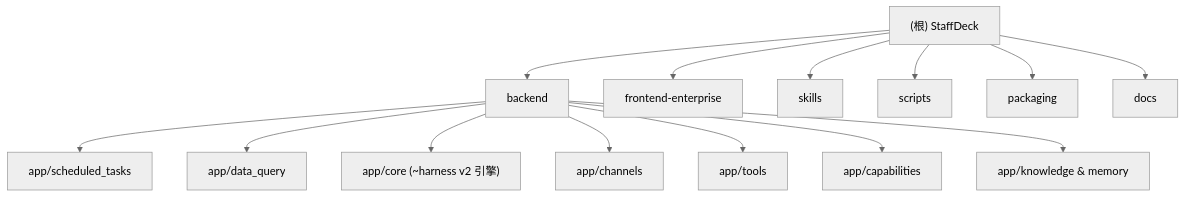
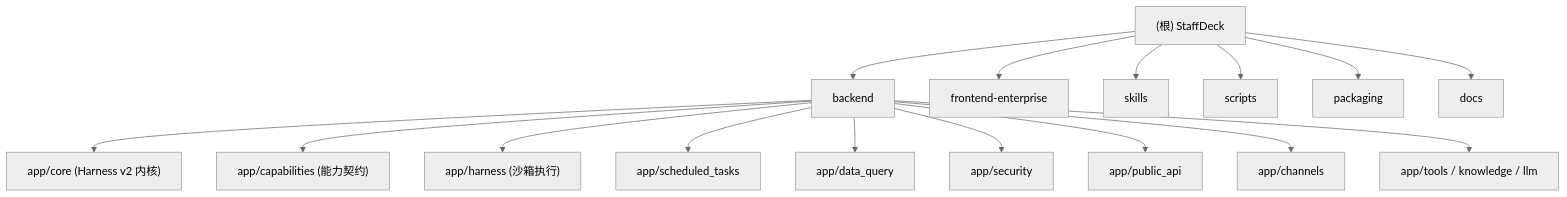
Before and after one commit to jack571754/StaffDeck: the diagram in CLAUDE.md, drawn with Mermaid (neutral theme). The commit also changed other lines of this file and 6 other files, not shown here.

First line of the commit message:
docs: refresh AI context docs for core and capabilities

````diff
--- a/CLAUDE.md
+++ b/CLAUDE.md
@@ -18,26 +19,30 @@
 ```mermaid
 graph TD
     A["(根) StaffDeck"] --> B["backend"];
     A --> C["frontend-enterprise"];
     A --> D["skills"];
     A --> E["scripts"];
     A --> F["packaging"];
     A --> G["docs"];
 
-    B --> B1["app/scheduled_tasks"];
-    B --> B2["app/data_query"];
-    B --> B3["app/core (~harness v2 引擎)"];
-    B --> B4["app/channels"];
-    B --> B5["app/tools"];
-    B --> B6["app/capabilities"];
-    B --> B7["app/knowledge & memory"];
+    B --> B1["app/core (Harness v2 内核)"];
+    B --> B2["app/capabilities (能力契约)"];
+    B --> B3["app/harness (沙箱执行)"];
+    B --> B4["app/scheduled_tasks"];
+    B --> B5["app/data_query"];
+    B --> B6["app/security"];
+    B --> B7["app/public_api"];
+    B --> B8["app/channels"];
+    B --> B9["app/tools / knowledge / llm"];
 
     click B "./backend/CLAUDE.md" "查看 backend 模块文档"
     click C "./frontend-enterprise/CLAUDE.md" "查看 frontend-enterprise 模块文档"
     click D "./skills/CLAUDE.md" "查看 skills 模块文档"
     click E "./scripts/CLAUDE.md" "查看 scripts 模块文档"
     click F "./packaging/CLAUDE.md" "查看 packaging 模块文档"
     click G "./docs/CLAUDE.md" "查看 docs 模块文档"
-    click B1 "./backend/app/scheduled_tasks/CLAUDE.md" "查看 scheduled_tasks 模块文档"
-    click B2 "./backend/app/data_query/CLAUDE.md" "查看 data_query 模块文档"
+    click B1 "./backend/app/core/CLAUDE.md" "查看 core 模块文档"
+    click B2 "./backend/app/capabilities/CLAUDE.md" "查看 capabilities 模块文档"
+    click B4 "./backend/app/scheduled_tasks/CLAUDE.md" "查看 scheduled_tasks 模块文档"
+    click B5 "./backend/app/data_query/CLAUDE.md" "查看 data_query 模块文档"
 ```
````
